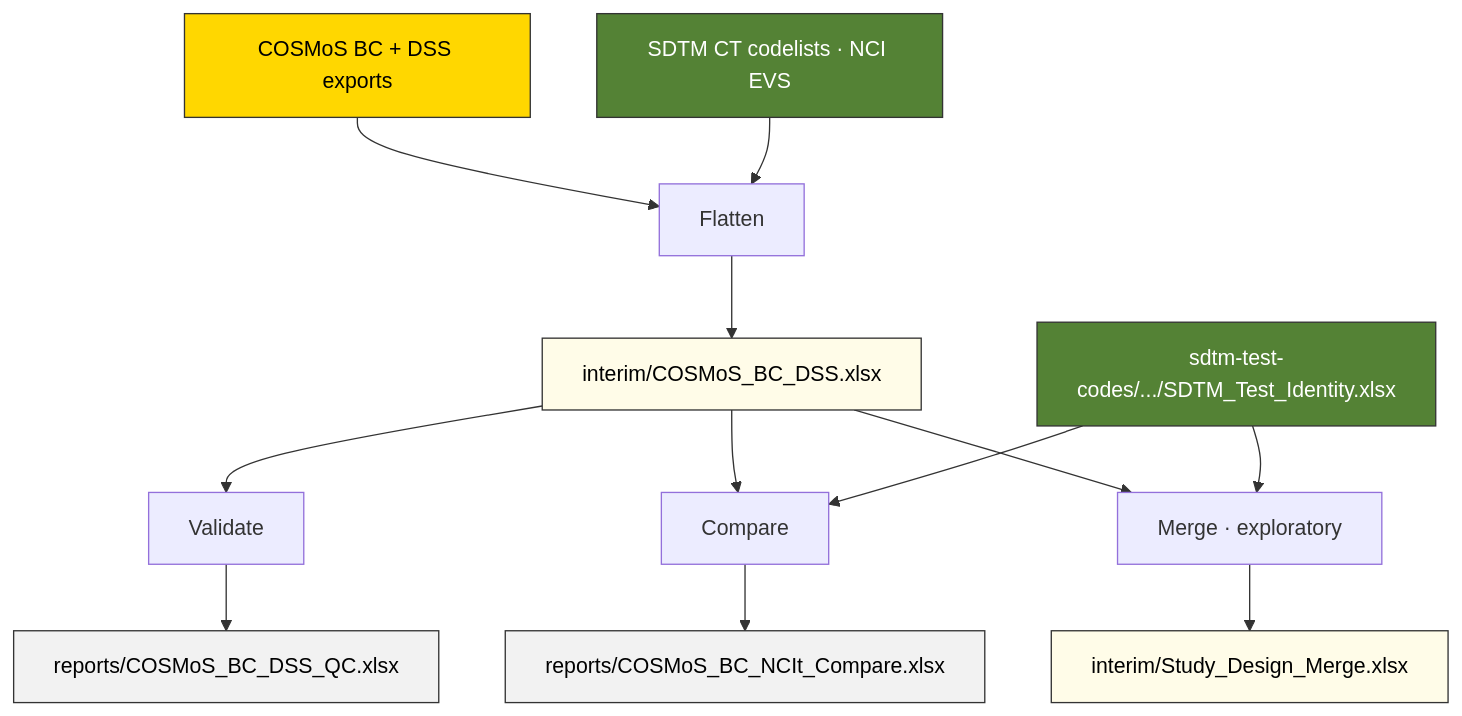
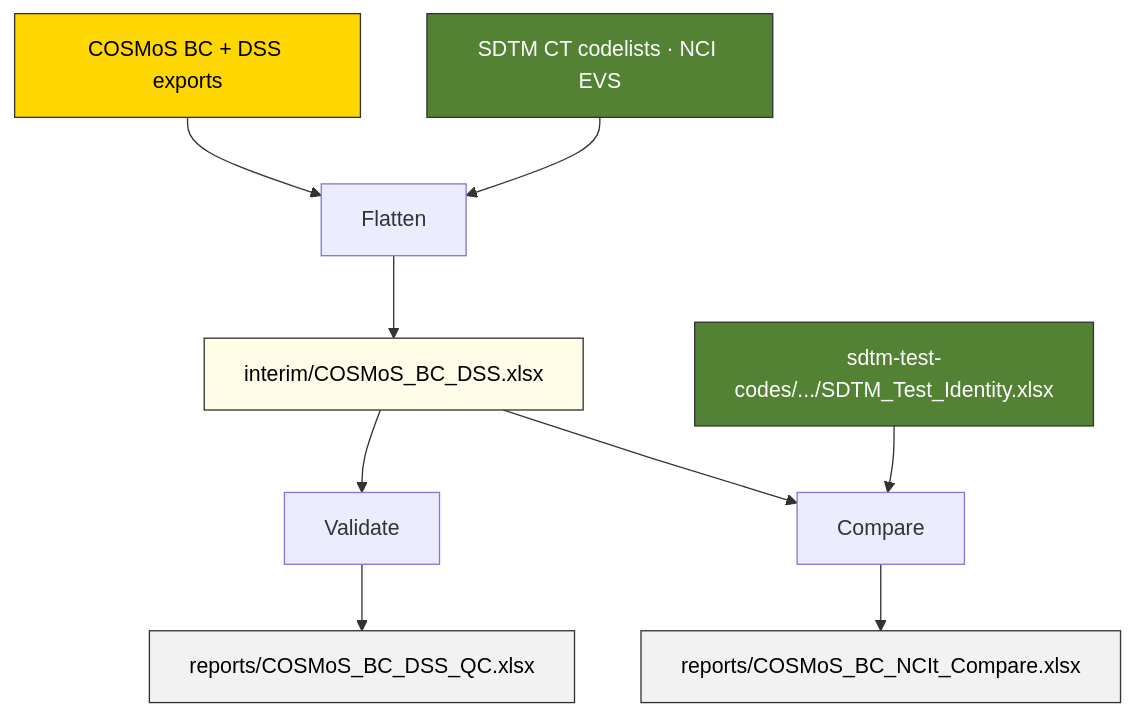
One commit to kerfors/cdisc-for-ai changed the diagram in cosmos-bc-dss/README.md. Above: the diagram before and after it, drawn with Mermaid. The commit also changed other lines of this file and 8 other files, not shown here.

````diff
--- a/cosmos-bc-dss/README.md
+++ b/cosmos-bc-dss/README.md
@@ -33,22 +30,18 @@
 ```mermaid
 graph TD
     A[COSMoS BC + DSS exports] --> F[Flatten]
     B[SDTM CT codelists · NCI EVS] --> F
     F --> I[interim/COSMoS_BC_DSS.xlsx]
     I --> V[Validate]
     V --> QC[reports/COSMoS_BC_DSS_QC.xlsx]
     I --> C[Compare]
     G[sdtm-test-codes/.../SDTM_Test_Identity.xlsx] --> C
     C --> CR[reports/COSMoS_BC_NCIt_Compare.xlsx]
-    I --> M[Merge · exploratory]
-    G --> M
-    M --> MR[interim/Study_Design_Merge.xlsx]
 
     style A fill:#FFD700,stroke:#333,color:#000
     style B fill:#548235,stroke:#333,color:#fff
     style G fill:#548235,stroke:#333,color:#fff
     style I fill:#FFFCE8,stroke:#333,color:#000
     style QC fill:#f2f2f2,stroke:#333,color:#000
     style CR fill:#f2f2f2,stroke:#333,color:#000
-    style MR fill:#FFFCE8,stroke:#333,color:#000
 ```
````
